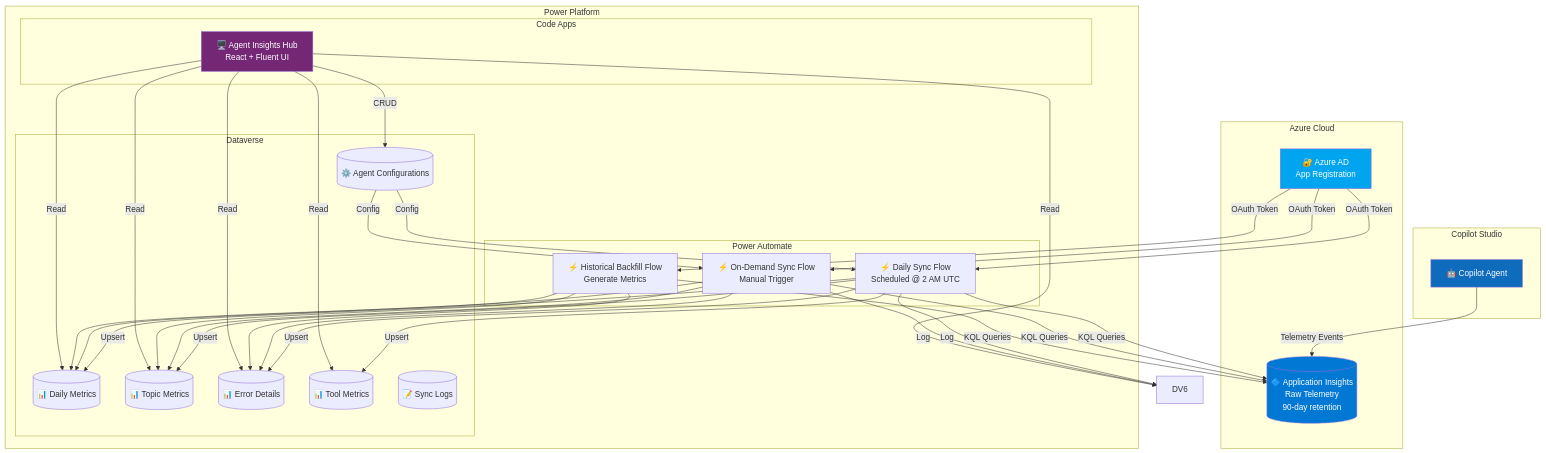
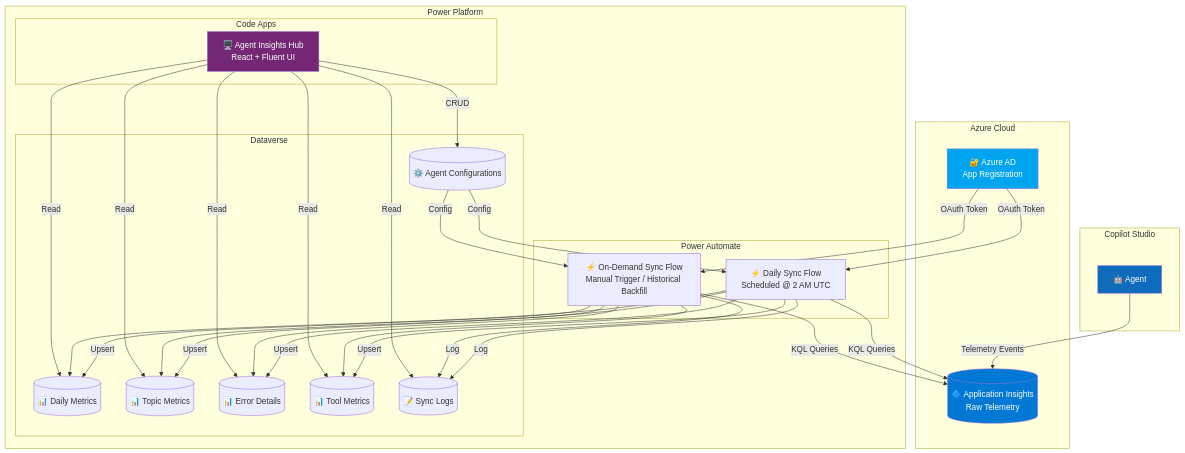
The first of 3 diagrams in AGENTINSIGHTSHUB.md (microsoft/Power-CAT-Copilot-Studio-Kit), drawn with Mermaid before and after one commit. The commit also changed other lines of this file, not shown here.

````diff
--- a/AGENTINSIGHTSHUB.md
+++ b/AGENTINSIGHTSHUB.md
@@ -104,72 +50,66 @@
 ```mermaid
 flowchart TB
     subgraph "Azure Cloud"
-        AI[("🔷 Application Insights<br/>Raw Telemetry<br/>90-day retention")]
+        AI[("🔷 Application Insights<br/>Raw Telemetry")]
         AAD["🔐 Azure AD<br/>App Registration"]
     end
 
     subgraph "Power Platform"
         subgraph "Power Automate"
             F1["⚡ Daily Sync Flow<br/>Scheduled @ 2 AM UTC"]
-            F2["⚡ On-Demand Sync Flow<br/>Manual Trigger"]
-            F3["⚡ Historical Backfill Flow<br/>Generate Metrics"]
+            F2["⚡ On-Demand Sync Flow<br/>Manual Trigger / Historical Backfill"]
         end
 
         subgraph "Dataverse"
             DV1[("📊 Daily Metrics")]
             DV2[("📊 Topic Metrics")]
             DV3[("📊 Error Details")]
             DV4[("📊 Tool Metrics")]
             DV5[("⚙️ Agent Configurations")]
             DV7[("📝 Sync Logs")]
         end
 
         subgraph "Code Apps"
             APP["🖥️ Agent Insights Hub<br/>React + Fluent UI"]
         end
     end
 
     subgraph "Copilot Studio"
-        CS["🤖 Copilot Agent"]
+        CS["🤖 Agent"]
     end
 
     CS -->|"Telemetry Events"| AI
     AAD -->|"OAuth Token"| F1
     AAD -->|"OAuth Token"| F2
-    AAD -->|"OAuth Token"| F3
 
     F1 -->|"KQL Queries"| AI
     F2 -->|"KQL Queries"| AI
-    F3 -->|"KQL Queries"| AI
 
     F1 -->|"Upsert"| DV1
     F1 -->|"Upsert"| DV2
     F1 -->|"Upsert"| DV3
     F1 -->|"Upsert"| DV4
 
     F2 --> DV1
     F2 --> DV2
     F2 --> DV3
-
-    F3 --> DV1
-    F3 --> DV2
-    F3 --> DV3
+    F2 --> DV4
 
     DV5 -->|"Config"| F1
     DV5 -->|"Config"| F2
 
-    F1 -->|"Log"| DV6
-    F2 -->|"Log"| DV6
+    F1 -->|"Log"| DV7
+    F2 -->|"Log"| DV7
 
     APP -->|"Read"| DV1
     APP -->|"Read"| DV2
     APP -->|"Read"| DV3
     APP -->|"Read"| DV4
     APP -->|"CRUD"| DV5
-    APP -->|"Read"| DV6
+    APP -->|"Read"| DV7
 
     style AI fill:#0078D4,color:white
     style AAD fill:#00A4EF,color:white
     style APP fill:#742774,color:white
     style CS fill:#0F6CBD,color:white
 ```
````
